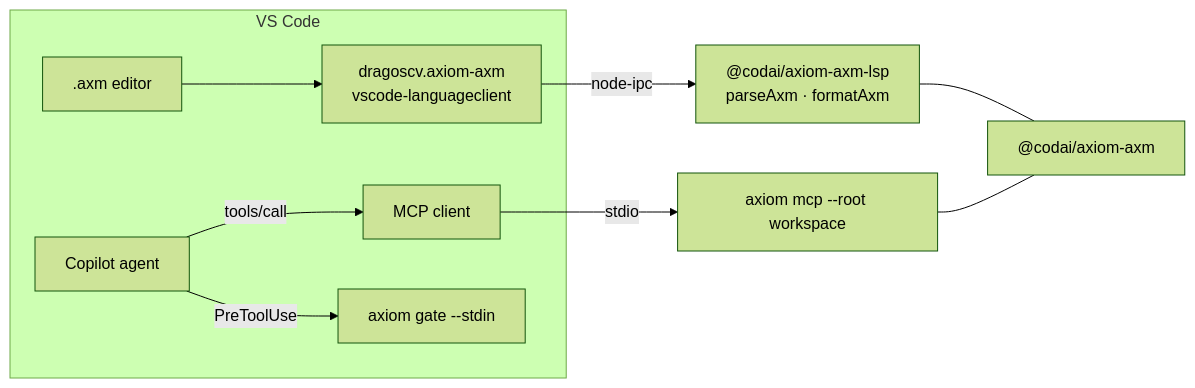
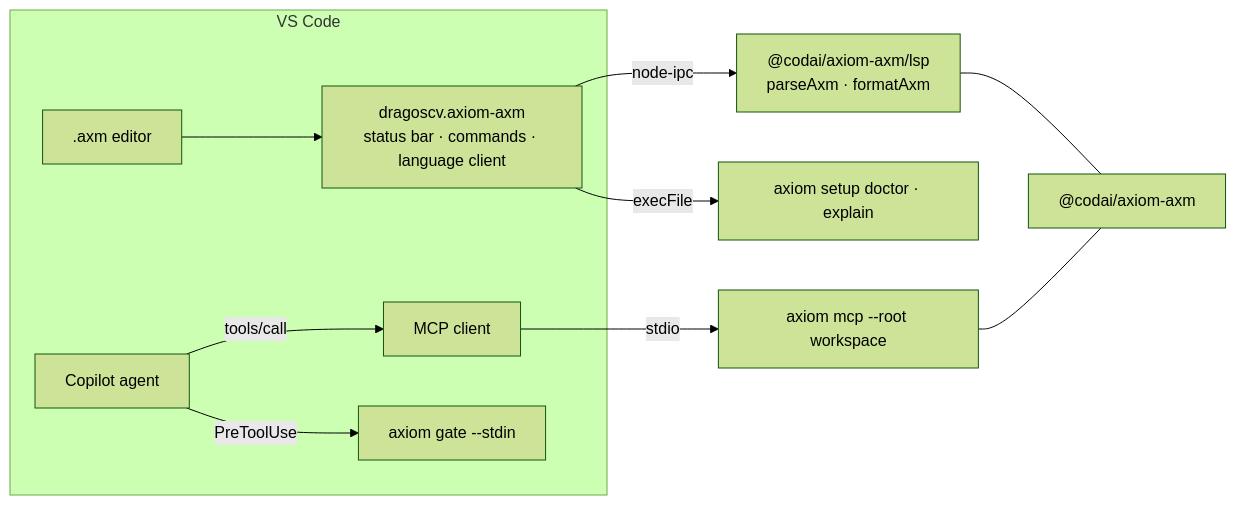
One commit to dragoscv/axiom changed the diagram in docs/integration/vscode.md. Above: the diagram before and after it, drawn with Mermaid (forest theme). The commit also changed other lines of this file and 308 other files, not shown here.

````diff
--- a/docs/integration/vscode.md
+++ b/docs/integration/vscode.md
@@ -13,12 +13,15 @@
 ```mermaid
 flowchart LR
+  accTitle: VS Code extension architecture
+  accDescr: The VS Code extension, the bundled axm language server and the MCP and hook configuration it talks to.
   subgraph vscode [VS Code]
-    ED[.axm editor] --> EXT[dragoscv.axiom-axm<br/>vscode-languageclient]
+    ED[.axm editor] --> EXT[dragoscv.axiom-axm<br/>status bar · commands · language client]
     CP[Copilot agent] -->|tools/call| MCPC[MCP client]
     CP -->|PreToolUse| HK[axiom gate --stdin]
   end
-  EXT -->|node-ipc| LSP["@codai/axiom-axm-lsp<br/>parseAxm · formatAxm"]
+  EXT -->|node-ipc| LSP["@codai/axiom-axm/lsp<br/>parseAxm · formatAxm"]
+  EXT -->|execFile| CLI[axiom setup doctor · explain]
   MCPC -->|stdio| SRV[axiom mcp --root workspace]
   LSP --- AXM["@codai/axiom-axm"]
   SRV --- AXM
 ```
````
